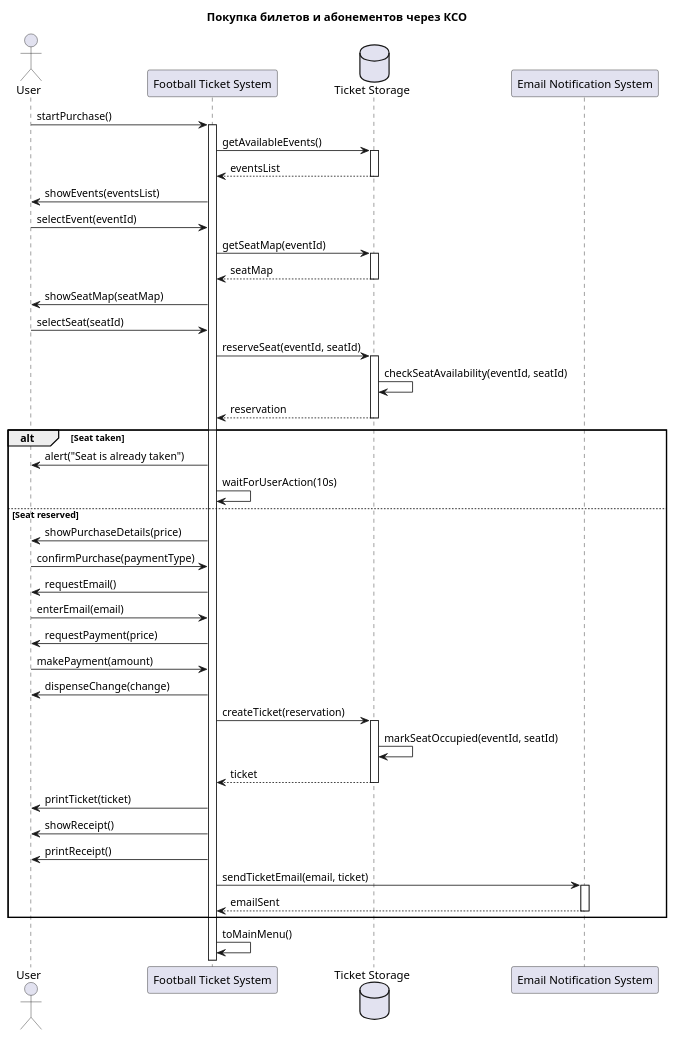
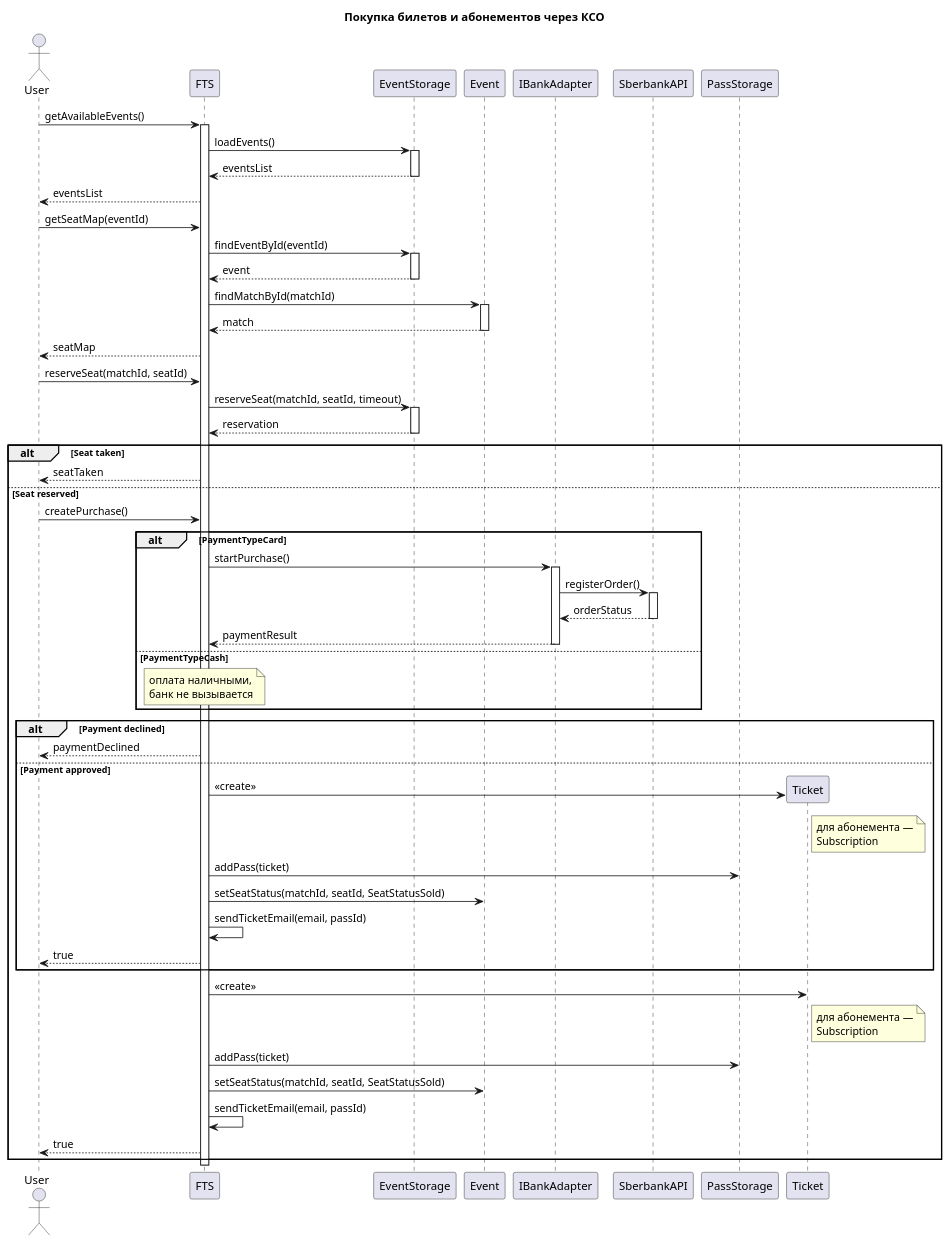
Before and after one commit to penamarth/bsbo-11-24_team5_var10_football: the diagram in Преценденты/Покупка билетов и абонементов/Диаграмма последовательности.md, drawn with PlantUML. The commit also changed other lines of this file, not shown here.

````diff
--- a/Преценденты/Покупка билетов и абонементов/Диаграмма последовательности.md
+++ b/Преценденты/Покупка билетов и абонементов/Диаграмма последовательности.md
@@ -3,63 +2,79 @@
-```plantuml
+```plantuml 
 @startuml
 title Покупка билетов и абонементов через КСО
 
 actor "User" as User
-participant "Football Ticket System" as FTS
-database "Ticket Storage" as TicketStorage
-participant "Email Notification System" as EmailSystem
+participant "FTS" as FTS
+participant "EventStorage" as EventStorage
+participant "Event" as Event
+participant "IBankAdapter" as Bank
+participant "SberbankAPI" as Sber
+participant "PassStorage" as PassStorage
 
-User -> FTS : startPurchase()
+User -> FTS : getAvailableEvents()
 activate FTS
-FTS -> TicketStorage : getAvailableEvents()
-activate TicketStorage
-TicketStorage --> FTS : eventsList
-deactivate TicketStorage
-FTS -> User : showEvents(eventsList)
+FTS -> EventStorage : loadEvents()
+activate EventStorage
+EventStorage --> FTS : eventsList
+deactivate EventStorage
+FTS --> User : eventsList
 
-User -> FTS : selectEvent(eventId)
-FTS -> TicketStorage : getSeatMap(eventId)
-activate TicketStorage
-TicketStorage --> FTS : seatMap
-deactivate TicketStorage
-FTS -> User : showSeatMap(seatMap)
+User -> FTS : getSeatMap(eventId)
+FTS -> EventStorage : findEventById(eventId)
+activate EventStorage
+EventStorage --> FTS : event
+deactivate EventStorage
+FTS -> Event : findMatchById(matchId)
+activate Event
+Event --> FTS : match
+deactivate Event
+FTS --> User : seatMap
 
-User -> FTS : selectSeat(seatId)
-FTS -> TicketStorage : reserveSeat(eventId, seatId)
-activate TicketStorage
-TicketStorage -> TicketStorage : checkSeatAvailability(eventId, seatId)
-TicketStorage --> FTS : reservation
-deactivate TicketStorage
+User -> FTS : reserveSeat(matchId, seatId)
+FTS -> EventStorage : reserveSeat(matchId, seatId, timeout)
+activate EventStorage
+EventStorage --> FTS : reservation
+deactivate EventStorage
 
 alt Seat taken
-    FTS -> User : alert("Seat is already taken")
-    FTS -> FTS : waitForUserAction(10s)
+    FTS --> User : seatTaken
 else Seat reserved
-    FTS -> User : showPurchaseDetails(price)
-    User -> FTS : confirmPurchase(paymentType)
-    FTS -> User : requestEmail()
-    User -> FTS : enterEmail(email)
-    FTS -> User : requestPayment(price)
-    User -> FTS : makePayment(amount)
-    FTS -> User : dispenseChange(change)
+    User -> FTS : createPurchase()
 
-    FTS -> TicketStorage : createTicket(reservation)
-    activate TicketStorage
-    TicketStorage -> TicketStorage : markSeatOccupied(eventId, seatId)
-    TicketStorage --> FTS : ticket
-    deactivate TicketStorage
+    alt PaymentTypeCard
+        FTS -> Bank : startPurchase()
+        activate Bank
+        Bank -> Sber : registerOrder()
+        activate Sber
+        Sber --> Bank : orderStatus
+        deactivate Sber
+        Bank --> FTS : paymentResult
+        deactivate Bank
+    else PaymentTypeCash
+        note over FTS : оплата наличными,\nбанк не вызывается
+    end
 
-    FTS -> User : printTicket(ticket)
-    FTS -> User : showReceipt()
-    FTS -> User : printReceipt()
+    alt Payment declined
+        FTS --> User : paymentDeclined
+    else Payment approved
+        create participant "Ticket" as Ticket
+        FTS -> Ticket : <<create>>
+        note right of Ticket : для абонемента —\nSubscription
+        FTS -> PassStorage : addPass(ticket)
+        FTS -> Event : setSeatStatus(matchId, seatId, SeatStatusSold)
+        FTS -> FTS : sendTicketEmail(email, passId)
+        FTS --> User : true
+    end
 
-    FTS -> EmailSystem : sendTicketEmail(email, ticket)
-    activate EmailSystem
-    EmailSystem --> FTS : emailSent
-    deactivate EmailSystem
+    create participant "Ticket" as Ticket
+    FTS -> Ticket : <<create>>
+    note right of Ticket : для абонемента —\nSubscription
+    FTS -> PassStorage : addPass(ticket)
+    FTS -> Event : setSeatStatus(matchId, seatId, SeatStatusSold)
+    FTS -> FTS : sendTicketEmail(email, passId)
+    FTS --> User : true
 end
 
-FTS -> FTS : toMainMenu()
-
+deactivate FTS
 @enduml
 ```
````
